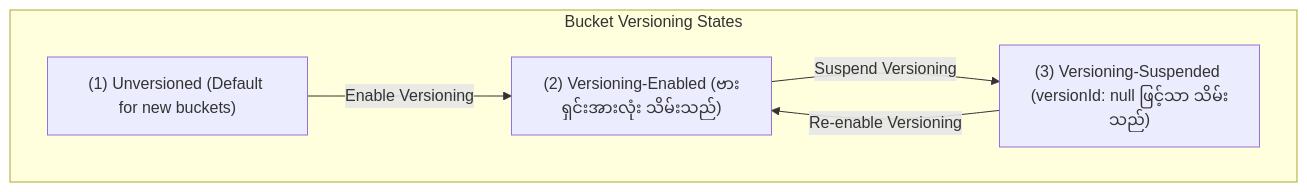
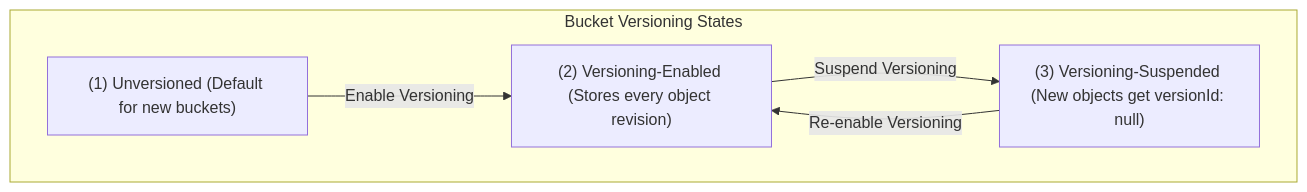
Before and after one commit to Wathon/aws-dea-c01-note: the first of 4 diagrams in content/mm/02-services/storage/s3/s3-versioning.md, drawn with Mermaid. The commit also changed other lines of this file and 41 other files, not shown here.

````diff
--- a/content/mm/02-services/storage/s3/s3-versioning.md
+++ b/content/mm/02-services/storage/s3/s3-versioning.md
@@ -29,12 +33,12 @@
 ```mermaid
 graph TD
     subgraph States["Bucket Versioning States"]
         Unversioned["(1) Unversioned (Default for new buckets)"]
-        Enabled["(2) Versioning-Enabled (ဗားရှင်းအားလုံး သိမ်းသည်)"]
-        Suspended["(3) Versioning-Suspended (versionId: null ဖြင့်သာ သိမ်းသည်)"]
+        Enabled["(2) Versioning-Enabled (Stores every object revision)"]
+        Suspended["(3) Versioning-Suspended (New objects get versionId: null)"]
     end
 
     Unversioned -->|Enable Versioning| Enabled
     Enabled -->|Suspend Versioning| Suspended
     Suspended -->|Re-enable Versioning| Enabled
 ```
````
